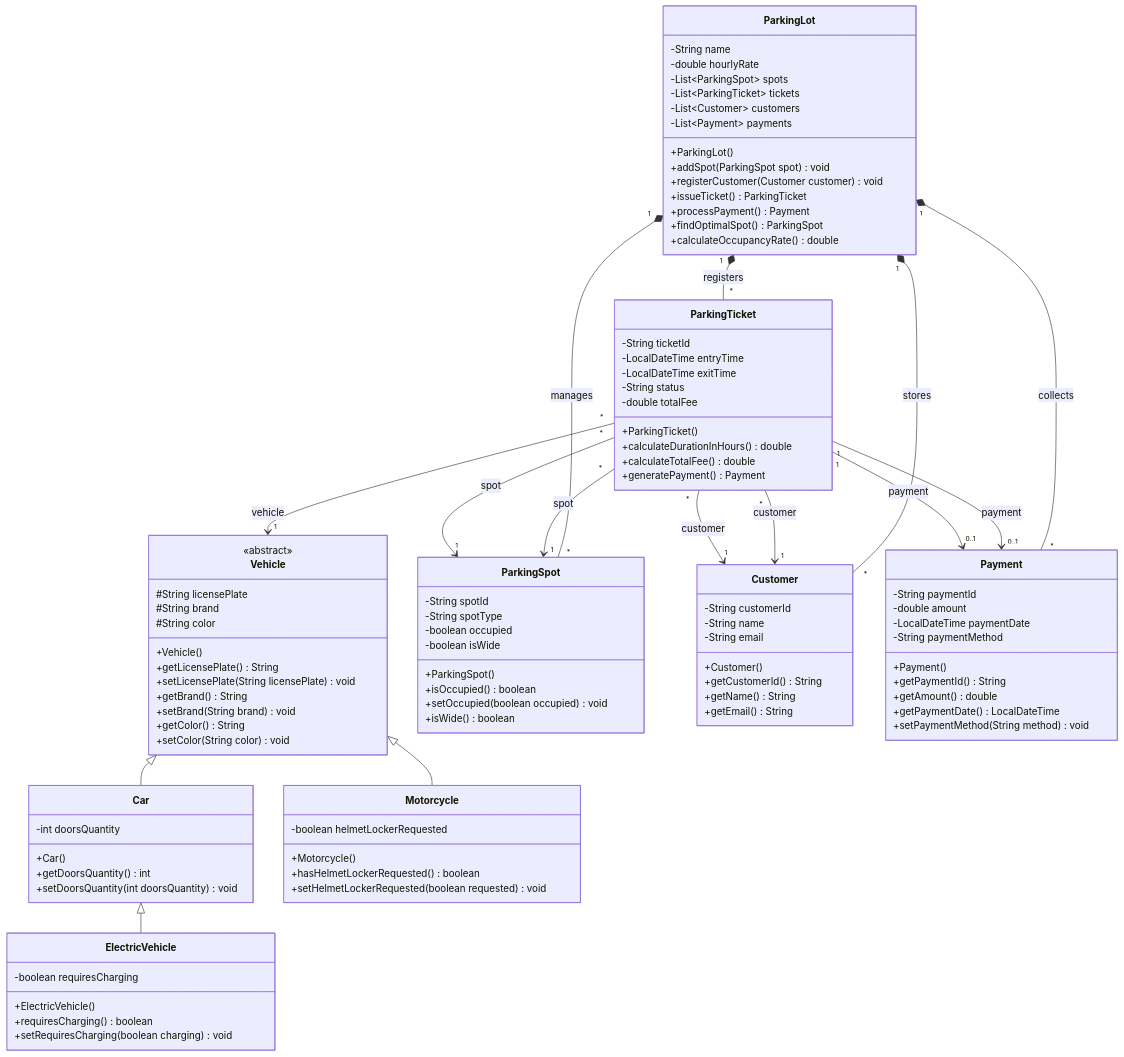
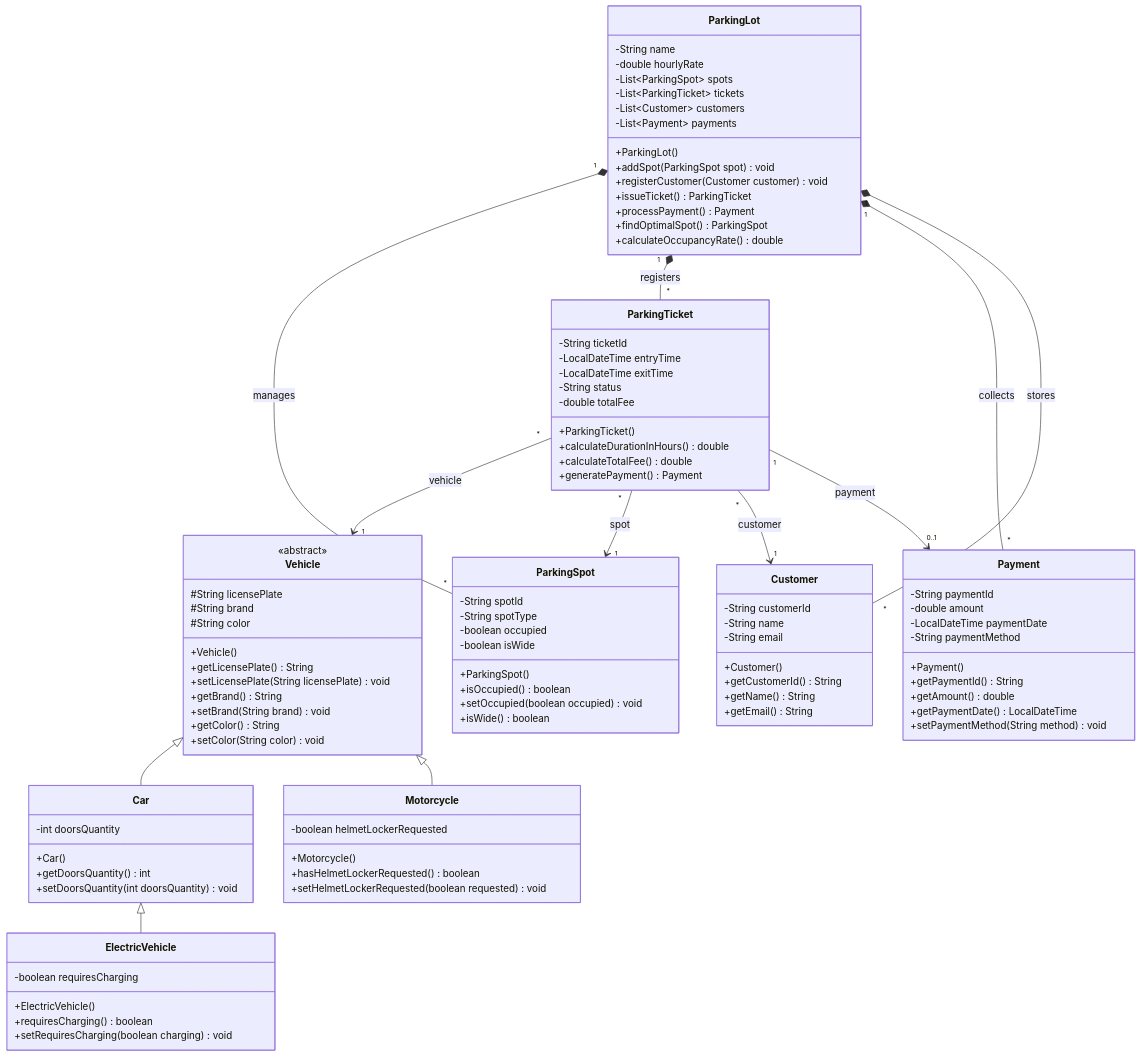
Before and after one commit to Quinchia2/POO_FinalProject_Quinchia_Narvaez: the diagram in README.md, drawn with Mermaid.

Commit message:
Remove duplicate relationships in README

````diff
--- a/README.md
+++ b/README.md
@@ -191,7 +191,4 @@
    ParkingTicket "*" --> "1" ParkingSpot : spot
    ParkingTicket "*" --> "1" Customer : customer
    ParkingTicket "1" --> "0..1" Payment : payment
-   ParkingTicket "*" --> "1" ParkingSpot : spot
-   ParkingTicket "*" --> "1" Customer : customer
-   ParkingTicket "1" --> "0..1" Payment : payment
 ```
````
